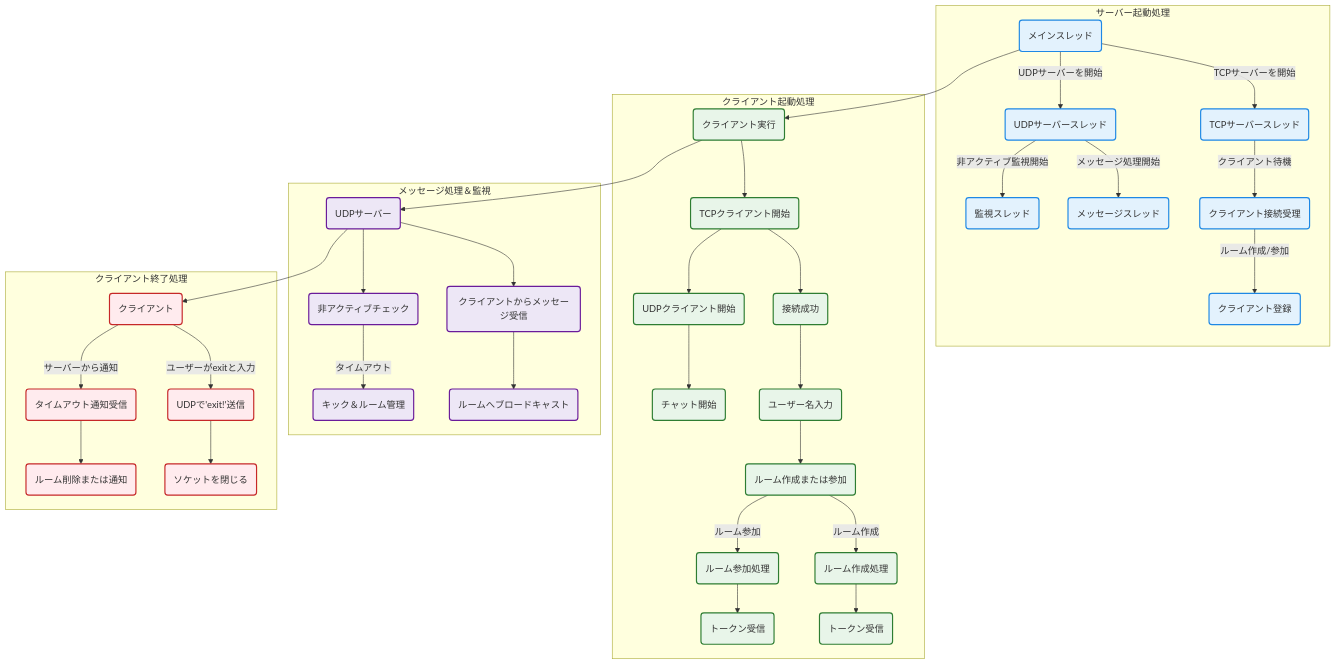
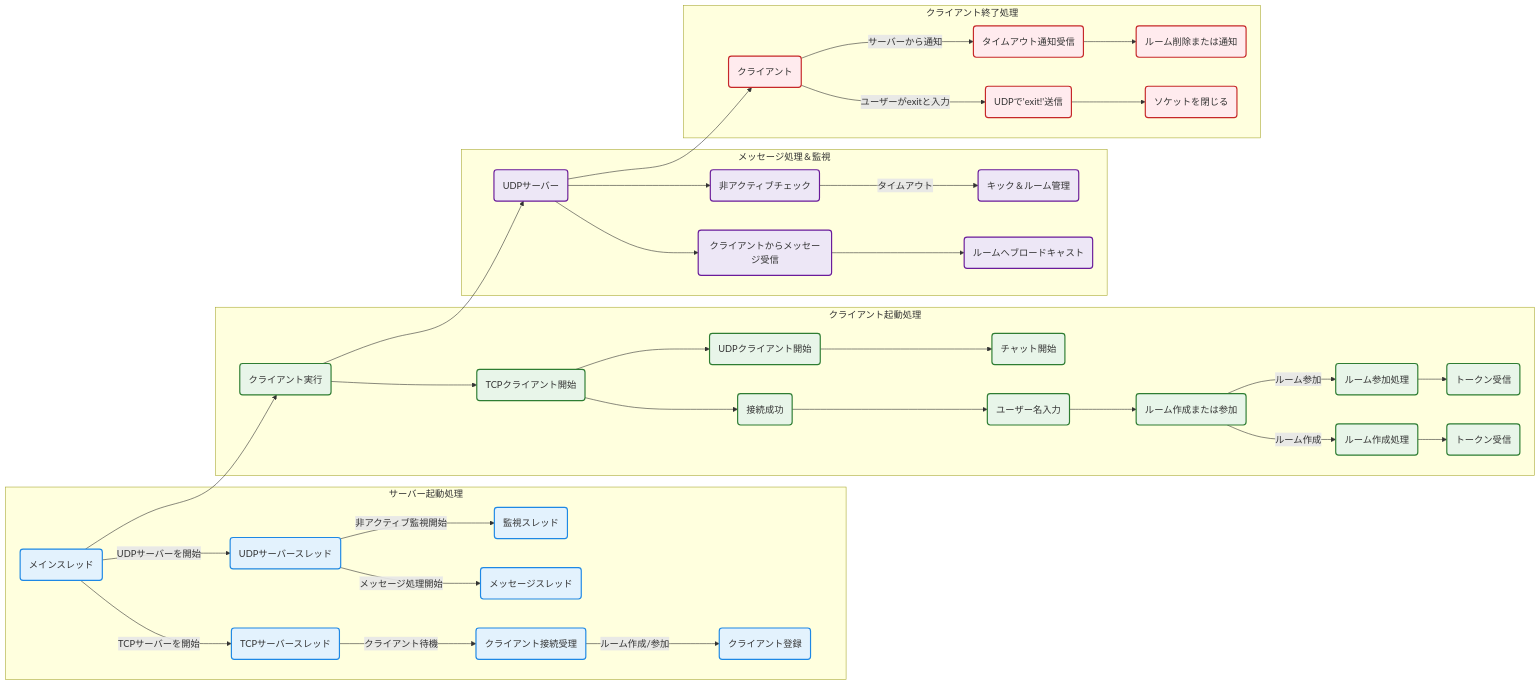
One commit to BackendExplorer/Online-Chat-Service changed the second of 4 diagrams in README.md. Above: the diagram before and after it, drawn with Mermaid.

````diff
--- a/README.md
+++ b/README.md
@@ -94,5 +94,5 @@
 ```mermaid
-graph TD
+graph LR
 
 %% スタイル定義
 classDef server fill:#e3f2fd,stroke:#1e88e5,stroke-width:2px
````
